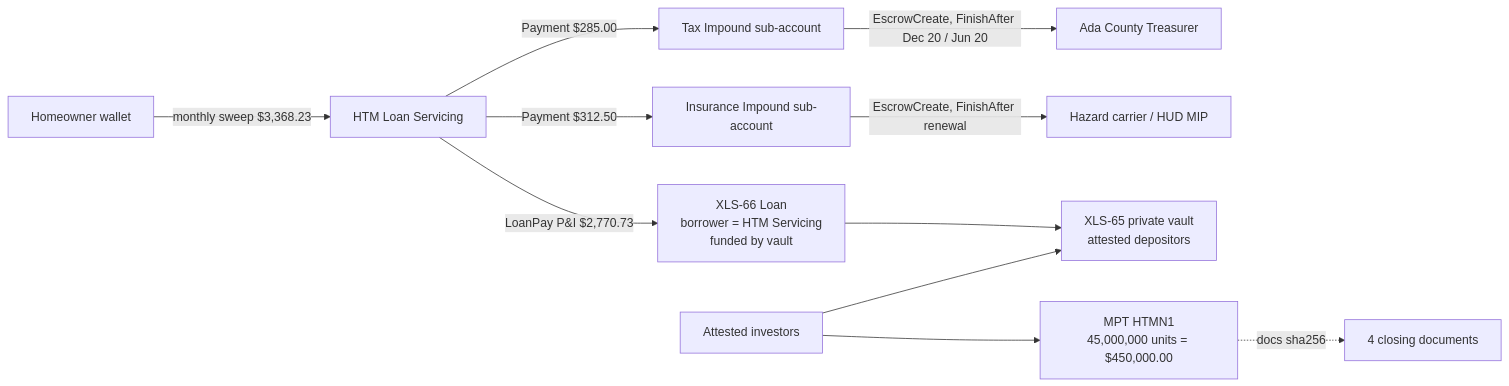
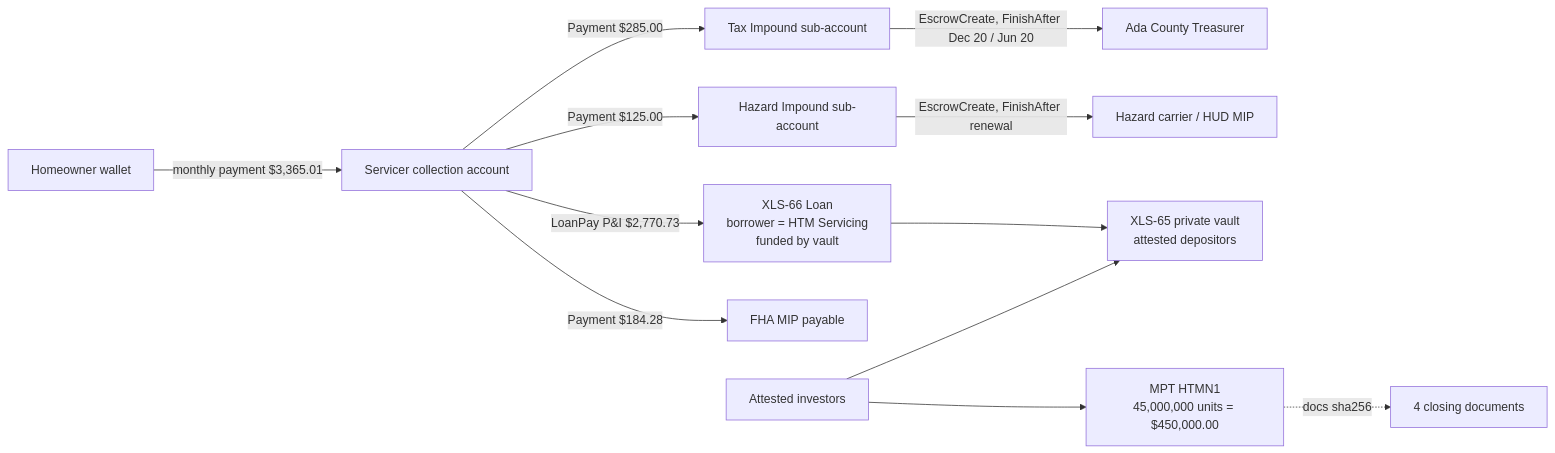
Before and after one commit to vanfwilson/xrpl-mortgage-tokenizing-htm: the diagram in README.md, drawn with Mermaid. The commit also changed other lines of this file and 71 other files, not shown here.

First line of the commit message:
Phase B: FHA fixture correction and canonical schema v3

````diff
--- a/README.md
+++ b/README.md
@@ -137,13 +137,14 @@
 ```mermaid
 flowchart LR
-  HO[Homeowner wallet] -->|monthly sweep $3,368.23| SV[HTM Loan Servicing]
+  HO[Homeowner wallet] -->|monthly payment $3,365.01| SV[Servicer collection account]
   SV -->|LoanPay P&I $2,770.73| LOAN[XLS-66 Loan<br/>borrower = HTM Servicing<br/>funded by vault]
   SV -->|Payment $285.00| TAX[Tax Impound sub-account]
-  SV -->|Payment $312.50| INS[Insurance Impound sub-account]
+  SV -->|Payment $125.00| INS[Hazard Impound sub-account]
+  SV -->|Payment $184.28| MIPP[FHA MIP payable]
   TAX -->|EscrowCreate, FinishAfter Dec 20 / Jun 20| CTY[Ada County Treasurer]
   INS -->|EscrowCreate, FinishAfter renewal| CAR[Hazard carrier / HUD MIP]
   LOAN --> VAULT[XLS-65 private vault<br/>attested depositors]
   MPT[MPT HTMN1<br/>45,000,000 units = $450,000.00] -.docs sha256.-> DOCS[4 closing documents]
   INV[Attested investors] --> MPT
   INV --> VAULT
 ```
````
